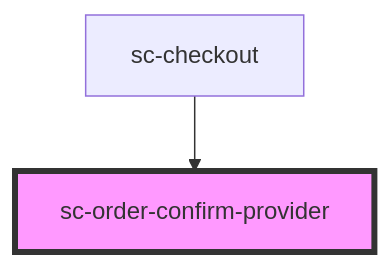
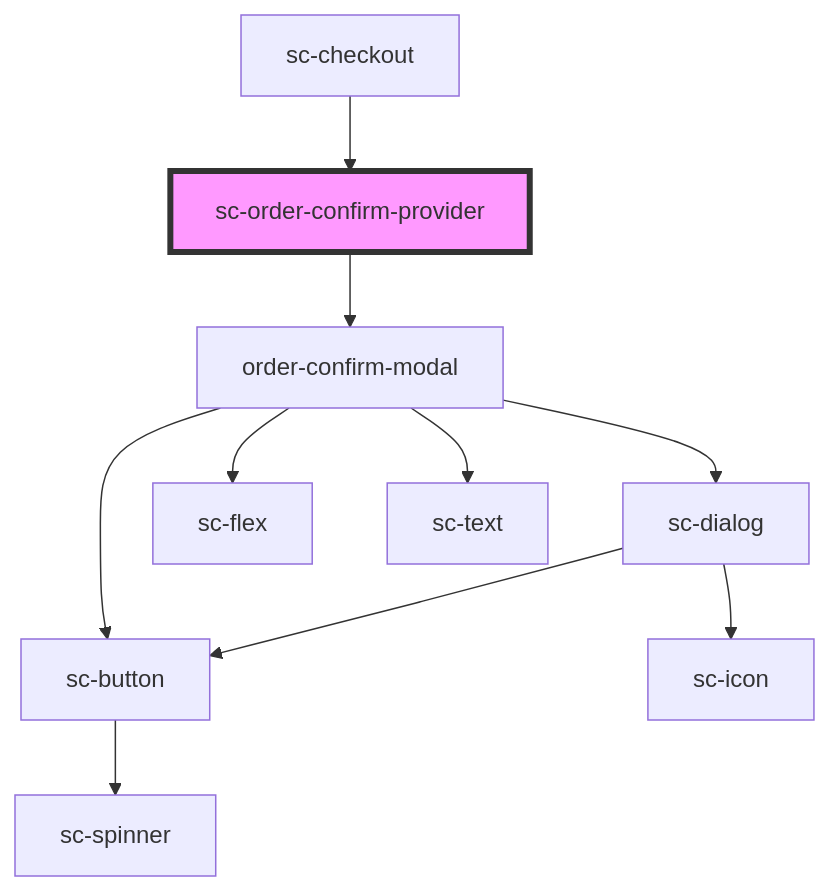
Before and after one commit to surecart/surecart-wp-plugin: the diagram in packages/components/src/components/providers/order-confirm-provider/readme.md, drawn with Mermaid. The commit also changed other lines of this file and 9 other files, not shown here.

Commit message:
Update to always show the order confirm modal

````diff
--- a/packages/components/src/components/providers/order-confirm-provider/readme.md
+++ b/packages/components/src/components/providers/order-confirm-provider/readme.md
@@ -34,5 +38,13 @@
 ```mermaid
 graph TD;
+  sc-order-confirm-provider --> order-confirm-modal
+  order-confirm-modal --> sc-dialog
+  order-confirm-modal --> sc-flex
+  order-confirm-modal --> sc-text
+  order-confirm-modal --> sc-button
+  sc-dialog --> sc-button
+  sc-dialog --> sc-icon
+  sc-button --> sc-spinner
   sc-checkout --> sc-order-confirm-provider
   style sc-order-confirm-provider fill:#f9f,stroke:#333,stroke-width:4px
 ```
````
